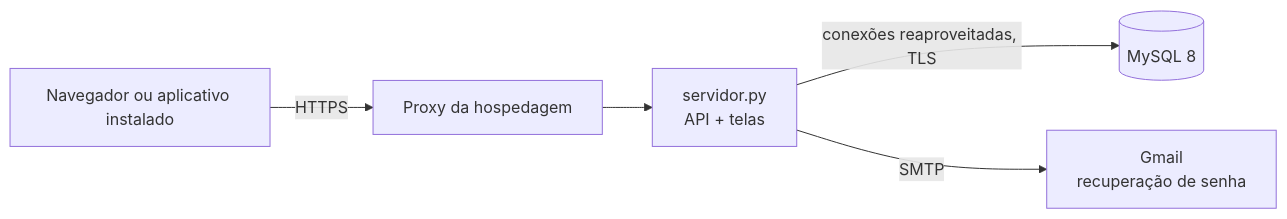
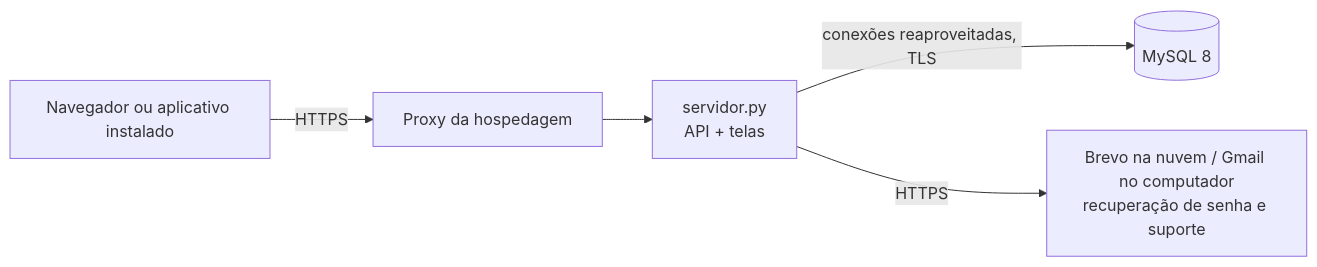
One commit to josekayke009-boop/hemoflow changed the diagram in docs/arquitetura.md. Above: the diagram before and after it, drawn with Mermaid. The commit also changed 5 other files, not shown here.

Commit message:
Envio de e-mail pelo Brevo (HTTPS) na nuvem, onde o Railway bloqueia SMTP

````diff
--- a/docs/arquitetura.md
+++ b/docs/arquitetura.md
@@ -5,7 +5,7 @@
 ```mermaid
 flowchart LR
     U[Navegador ou aplicativo instalado] -- HTTPS --> P[Proxy da hospedagem]
     P --> S[servidor.py<br/>API + telas]
     S -- conexões reaproveitadas, TLS --> B[(MySQL 8)]
-    S -- SMTP --> G[Gmail<br/>recuperação de senha]
+    S -- HTTPS --> G[Brevo na nuvem / Gmail no computador<br/>recuperação de senha e suporte]
 ```
````
